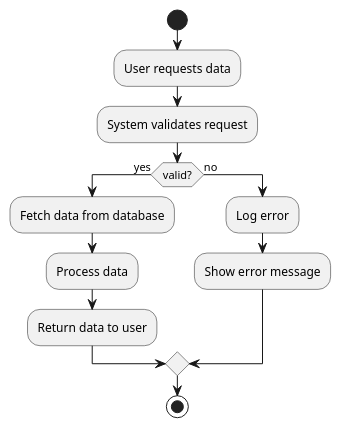
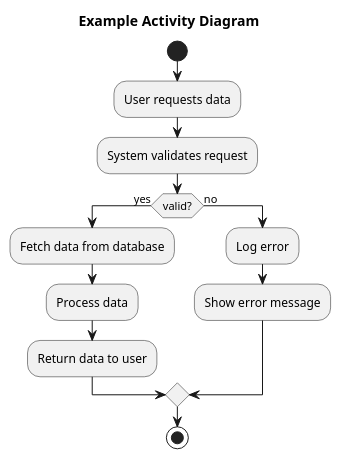
Before and after one commit to ottolote/make-plantuml: the diagram in activity-diagrams/example.pu, drawn with PlantUML. The commit also changed 2 other files, not shown here.

Commit message:
add Creating diagrams.pdf with typst... Successfully created diagrams.pdf

```diff
--- a/activity-diagrams/example.pu
+++ b/activity-diagrams/example.pu
@@ -1,14 +1,16 @@
 @startuml Example Activity Diagram
+title Example Activity Diagram
+
 start
 :User requests data;
 :System validates request;
 if (valid?) then (yes)
   :Fetch data from database;
   :Process data;
   :Return data to user;
 else (no)
   :Log error;
   :Show error message;
 endif
 stop
 @enduml
```
